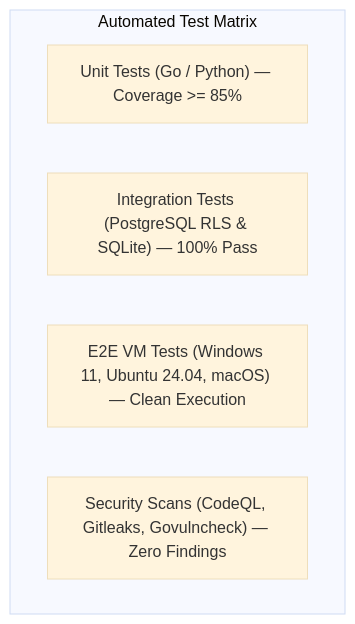
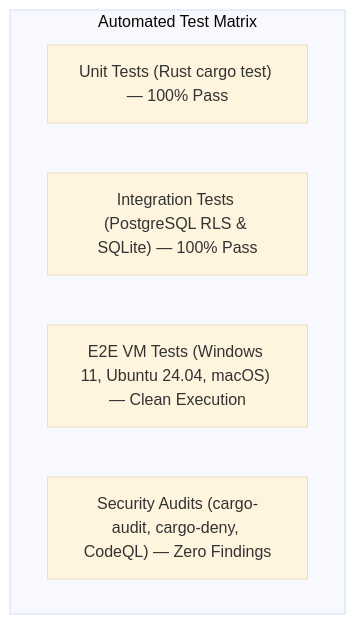
Before and after one commit to Subhadip-Paul2006/NETRA-Backend: the second of 2 diagrams in docs/TRD.md, drawn with Mermaid (base theme). The commit also changed other lines of this file and 13 other files, not shown here.

Commit message:
docs: finalize Rust-first systems architecture lock across all 16 specifications

````diff
--- a/docs/TRD.md
+++ b/docs/TRD.md
@@ -168,9 +176,9 @@
 ```mermaid
 flowchart TD
     subgraph TestMatrix["Automated Test Matrix"]
-        T1["Unit Tests (Go / Python) — Coverage >= 85%"]
+        T1["Unit Tests (Rust cargo test) — 100% Pass"]
         T2["Integration Tests (PostgreSQL RLS & SQLite) — 100% Pass"]
         T3["E2E VM Tests (Windows 11, Ubuntu 24.04, macOS) — Clean Execution"]
-        T4["Security Scans (CodeQL, Gitleaks, Govulncheck) — Zero Findings"]
+        T4["Security Audits (cargo-audit, cargo-deny, CodeQL) — Zero Findings"]
     end
 ```
````
